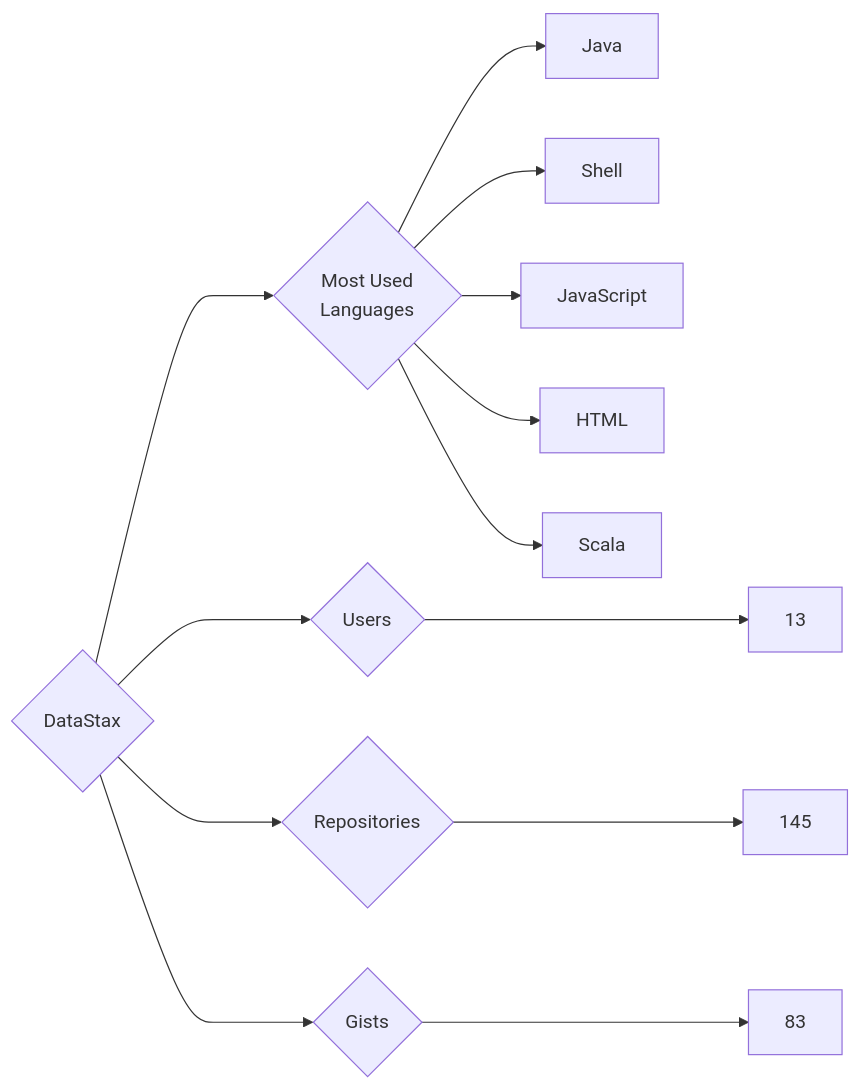
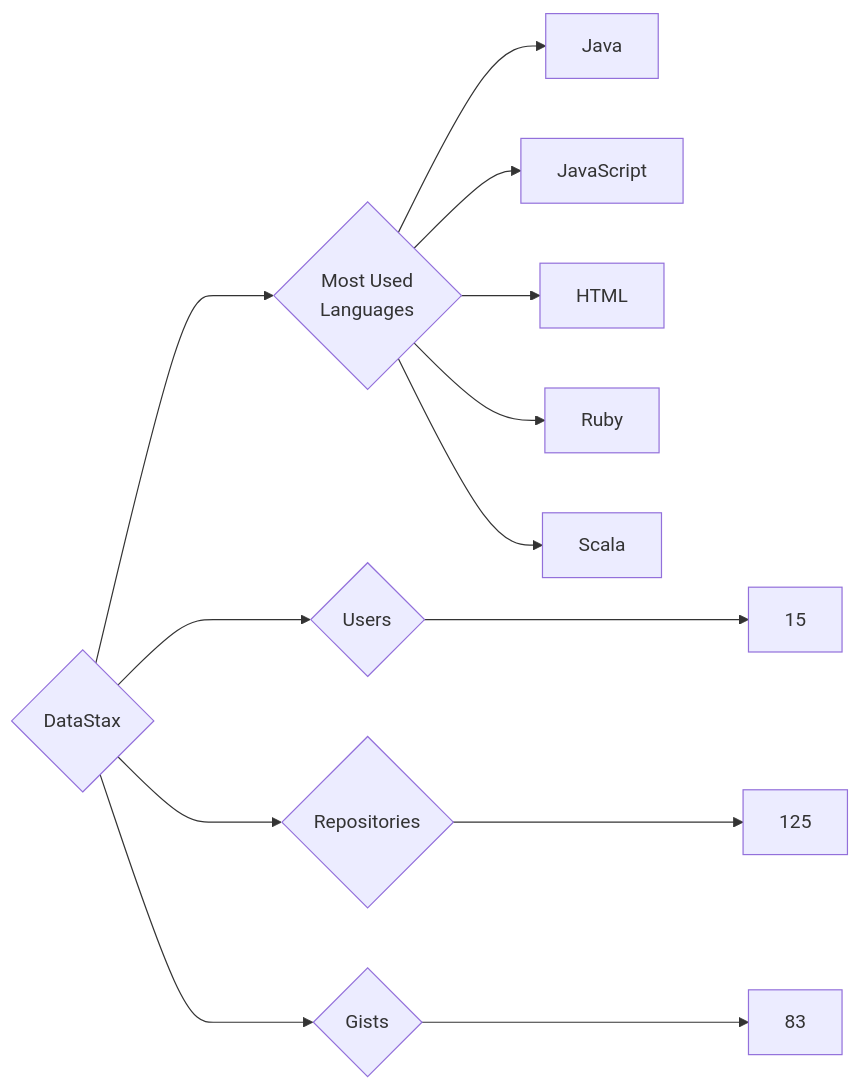
One commit to trickest/insiders changed the diagram in targets/DataStax/README.md. Above: the diagram before and after it, drawn with Mermaid. The commit also changed 1195 other files, not shown here.

````diff
--- a/targets/DataStax/README.md
+++ b/targets/DataStax/README.md
@@ -3,13 +3,13 @@
 ```mermaid
 graph LR
 COMPANY_NAME{DataStax}
-COMPANY_NAME ---> U{Users} ---> UN[13]
-COMPANY_NAME ---> R{Repositories} ---> RN[145]
+COMPANY_NAME ---> U{Users} ---> UN[15]
+COMPANY_NAME ---> R{Repositories} ---> RN[125]
 COMPANY_NAME ---> G{Gists} ---> GN[83]
 COMPANY_NAME ---> ML{Most Used<br>Languages}
 ML --> Java[Java]
-ML --> Shell[Shell]
 ML --> JavaScript[JavaScript]
 ML --> HTML[HTML]
+ML --> Ruby[Ruby]
 ML --> Scala[Scala]
 ```
````
